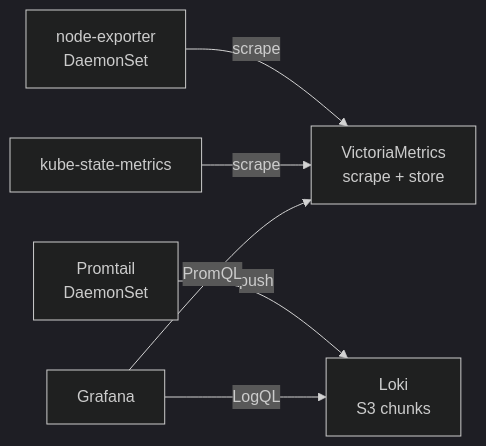
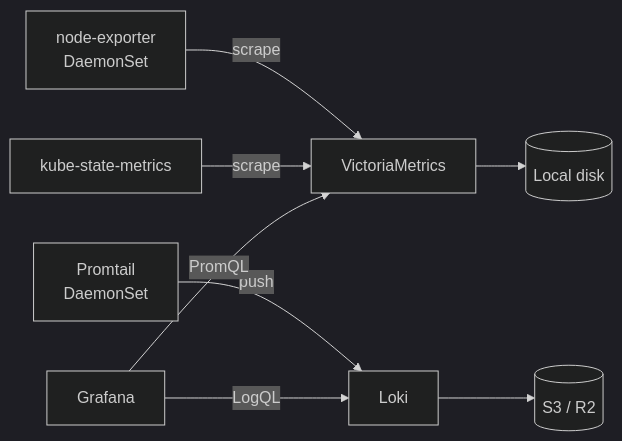
One commit to kbntx-org/nexus changed the diagram in docs/src/platform/observability/01-overview.md. Above: the diagram before and after it, drawn with Mermaid. The commit also changed other lines of this file and 31 other files, not shown here.

````diff
--- a/docs/src/platform/observability/01-overview.md
+++ b/docs/src/platform/observability/01-overview.md
@@ -74,17 +25,20 @@
 ```mermaid
 %%{init: {'theme':'dark'}}%%
 graph LR
     NodeExporter[node-exporter<br/>DaemonSet]
-    KubeStateMetrics[kube-state-metrics]
+    KSM[kube-state-metrics]
     Promtail[Promtail<br/>DaemonSet]
-
-    VictoriaMetrics[VictoriaMetrics<br/>scrape + store]
-    Loki[Loki<br/>S3 chunks]
+    Metrics[VictoriaMetrics]
+    Logs[Loki]
+    S3[(S3 / R2)]
+    Disk[(Local disk)]
     Grafana
 
-    NodeExporter -->|scrape| VictoriaMetrics
-    KubeStateMetrics -->|scrape| VictoriaMetrics
-    Promtail -->|push| Loki
-    Grafana -->|PromQL| VictoriaMetrics
-    Grafana -->|LogQL| Loki
+    NodeExporter -->|scrape| Metrics
+    KSM -->|scrape| Metrics
+    Promtail -->|push| Logs
+    Logs --> S3
+    Metrics --> Disk
+    Grafana -->|PromQL| Metrics
+    Grafana -->|LogQL| Logs
 ```
````
